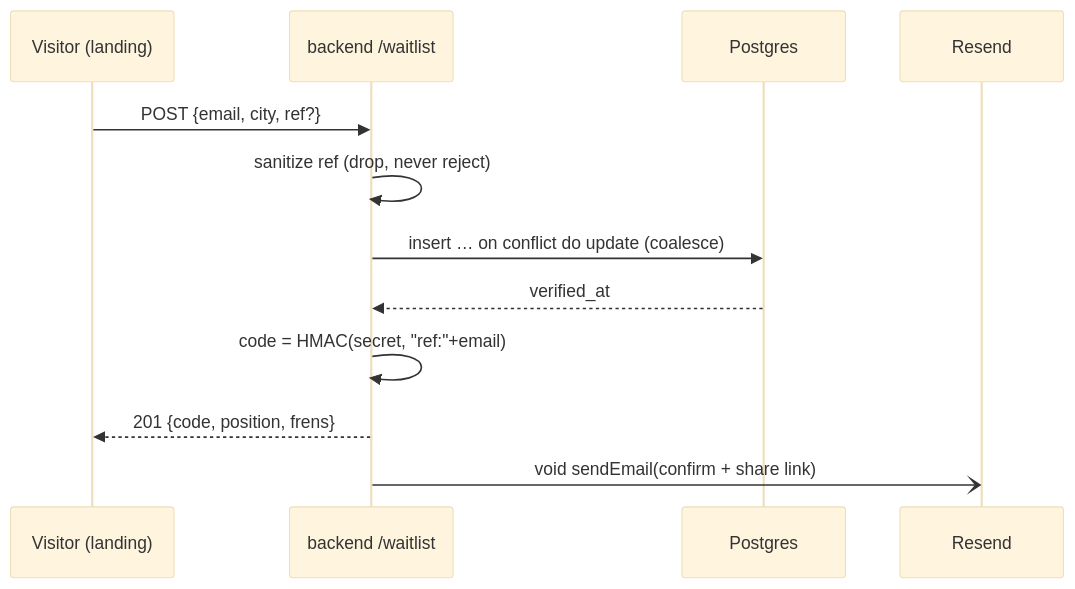
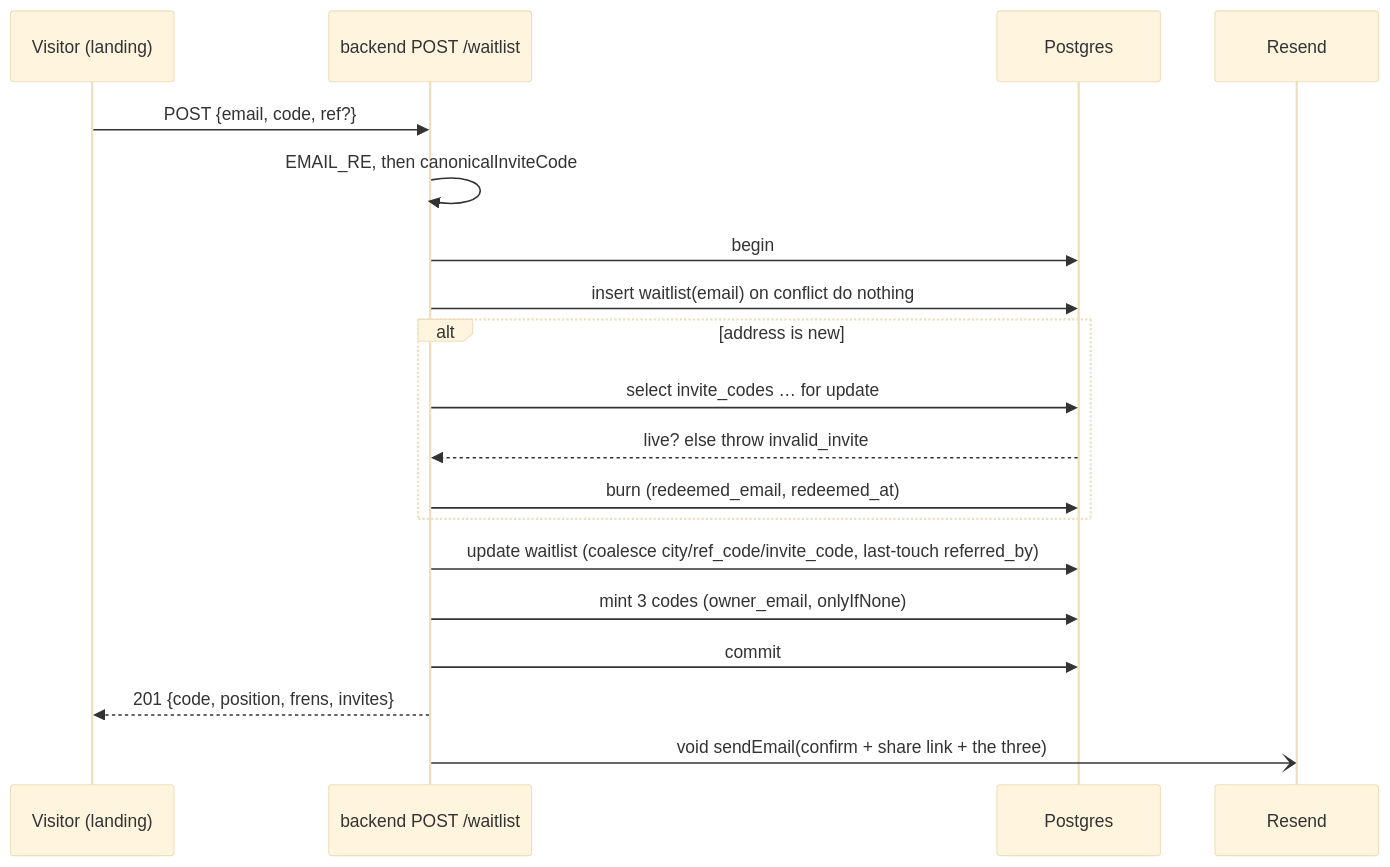
Before and after one commit to unabrijed/frenspay: the first of 2 diagrams in monorepo/docs/20-waitlist-referral-loop.md, drawn with Mermaid (base theme). The commit also changed other lines of this file and 5 other files, not shown here.

````diff
--- a/monorepo/docs/20-waitlist-referral-loop.md
+++ b/monorepo/docs/20-waitlist-referral-loop.md
@@ -29,14 +37,21 @@
 ```mermaid
 sequenceDiagram
     participant V as Visitor (landing)
-    participant B as backend /waitlist
+    participant B as backend POST /waitlist
     participant DB as Postgres
     participant R as Resend
-    V->>B: POST {email, city, ref?}
-    B->>B: sanitize ref (drop, never reject)
-    B->>DB: insert … on conflict do update (coalesce)
-    DB-->>B: verified_at
-    B->>B: code = HMAC(secret, "ref:"+email)
-    B-->>V: 201 {code, position, frens}
-    B-)R: void sendEmail(confirm + share link)
+    V->>B: POST {email, code, ref?}
+    B->>B: EMAIL_RE, then canonicalInviteCode
+    B->>DB: begin
+    B->>DB: insert waitlist(email) on conflict do nothing
+    alt address is new
+        B->>DB: select invite_codes … for update
+        DB-->>B: live? else throw invalid_invite
+        B->>DB: burn (redeemed_email, redeemed_at)
+    end
+    B->>DB: update waitlist (coalesce city/ref_code/invite_code, last-touch referred_by)
+    B->>DB: mint 3 codes (owner_email, onlyIfNone)
+    B->>DB: commit
+    B-->>V: 201 {code, position, frens, invites}
+    B-)R: void sendEmail(confirm + share link + the three)
 ```
````
